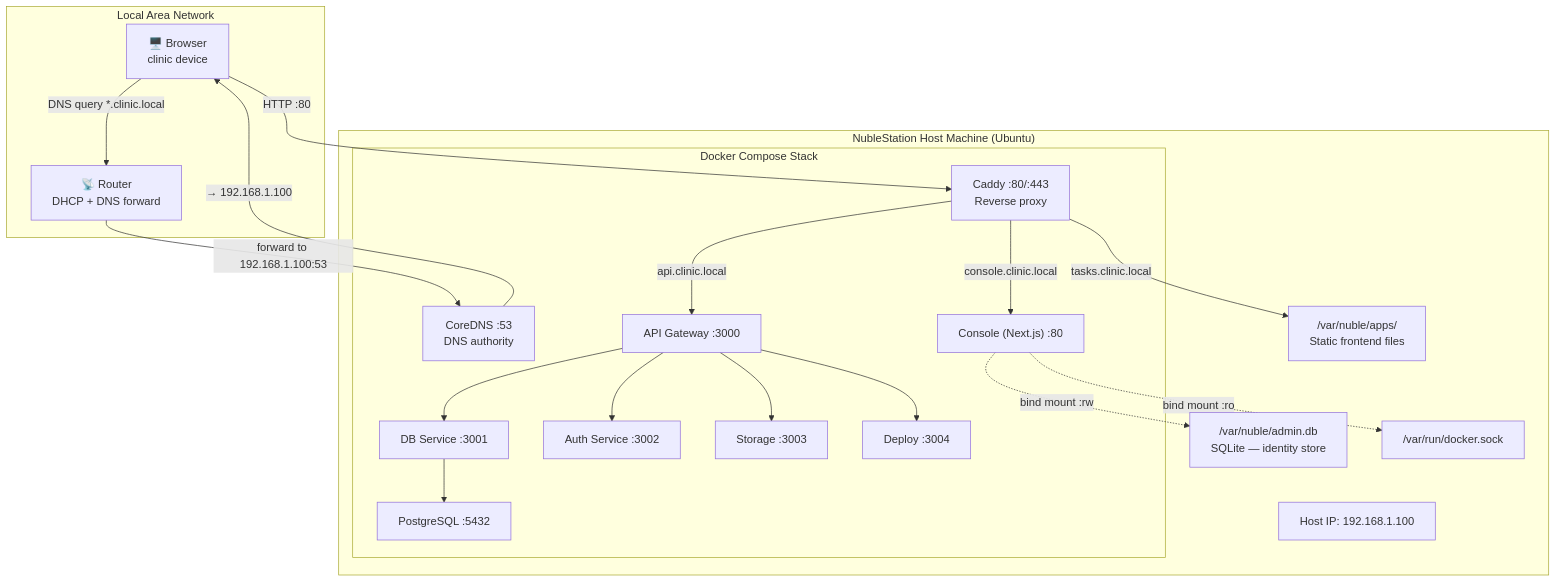
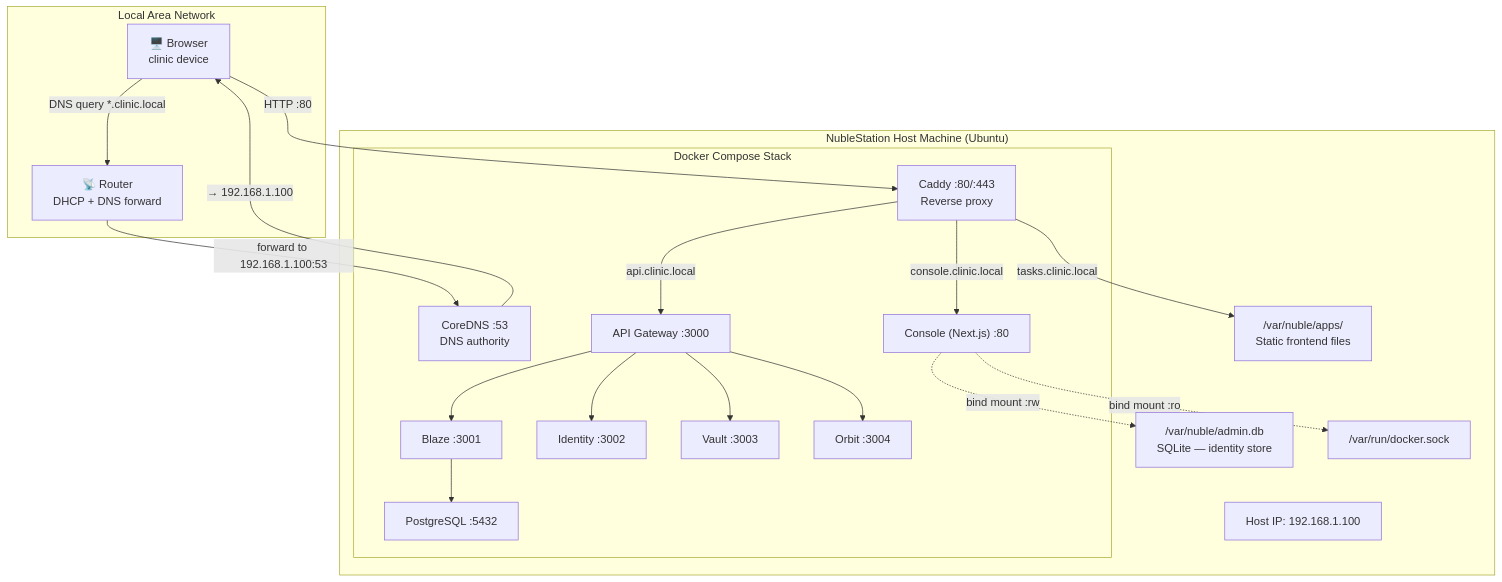
Before and after one commit to NabilMouzouna/NubleStation: the first of 11 diagrams in docs/documentation/install-to-console-flow.md, drawn with Mermaid. The commit also changed other lines of this file and 10 other files, not shown here.

First line of the commit message:
docs: rename services to v1 codenames (blaze, identity, vault, orbit)

````diff
--- a/docs/documentation/install-to-console-flow.md
+++ b/docs/documentation/install-to-console-flow.md
@@ -11,42 +11,42 @@
 ```mermaid
 graph TB
     subgraph LAN["Local Area Network"]
         Browser["🖥️ Browser\nclinic device"]
         Router["📡 Router\nDHCP + DNS forward"]
     end
 
     subgraph Host["NubleStation Host Machine (Ubuntu)"]
         HostIP["Host IP: 192.168.1.100"]
         AdminDB["/var/nuble/admin.db\nSQLite — identity store"]
         Files["/var/nuble/apps/\nStatic frontend files"]
         DockerSock["/var/run/docker.sock"]
 
         subgraph Docker["Docker Compose Stack"]
             Caddy["Caddy :80/:443\nReverse proxy"]
             CoreDNS["CoreDNS :53\nDNS authority"]
             Gateway["API Gateway :3000"]
             Console["Console (Next.js) :80"]
-            DB["DB Service :3001"]
-            Auth["Auth Service :3002"]
-            Storage["Storage :3003"]
-            Deploy["Deploy :3004"]
+            Blaze["Blaze :3001"]
+            Identity["Identity :3002"]
+            Vault["Vault :3003"]
+            Orbit["Orbit :3004"]
             Postgres["PostgreSQL :5432"]
         end
     end
 
     Browser -->|"DNS query *.clinic.local"| Router
     Router -->|"forward to 192.168.1.100:53"| CoreDNS
     CoreDNS -->|"→ 192.168.1.100"| Browser
     Browser -->|"HTTP :80"| Caddy
     Caddy -->|"console.clinic.local"| Console
     Caddy -->|"api.clinic.local"| Gateway
     Caddy -->|"tasks.clinic.local"| Files
 
     Console -.->|"bind mount :rw"| AdminDB
     Console -.->|"bind mount :ro"| DockerSock
-    Gateway --> DB
-    Gateway --> Auth
-    Gateway --> Storage
-    Gateway --> Deploy
-    DB --> Postgres
+    Gateway --> Blaze
+    Gateway --> Identity
+    Gateway --> Vault
+    Gateway --> Orbit
+    Blaze --> Postgres
 ```
````
